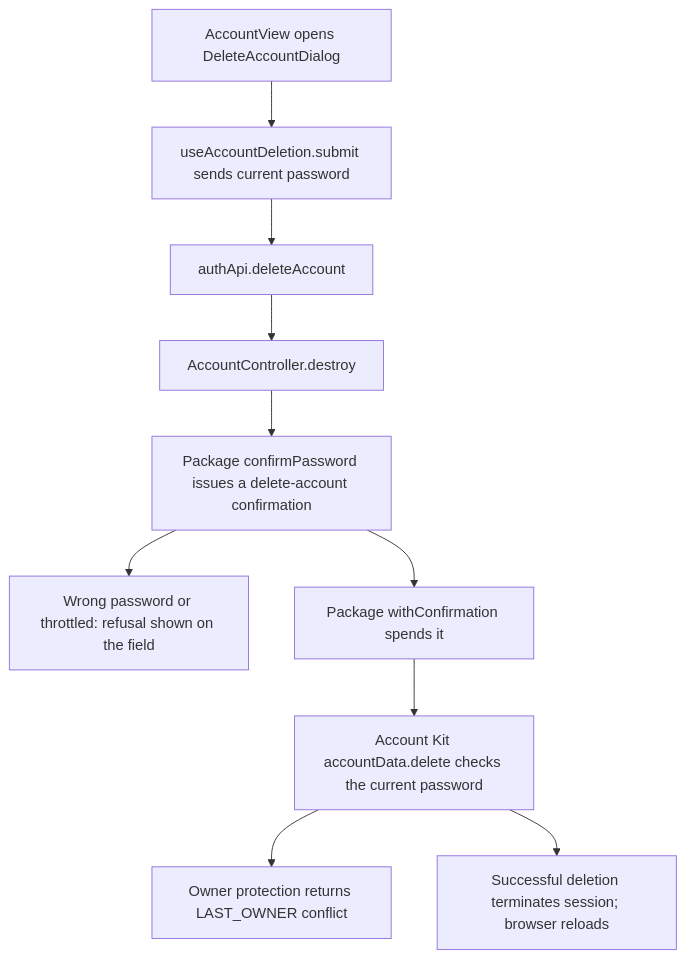
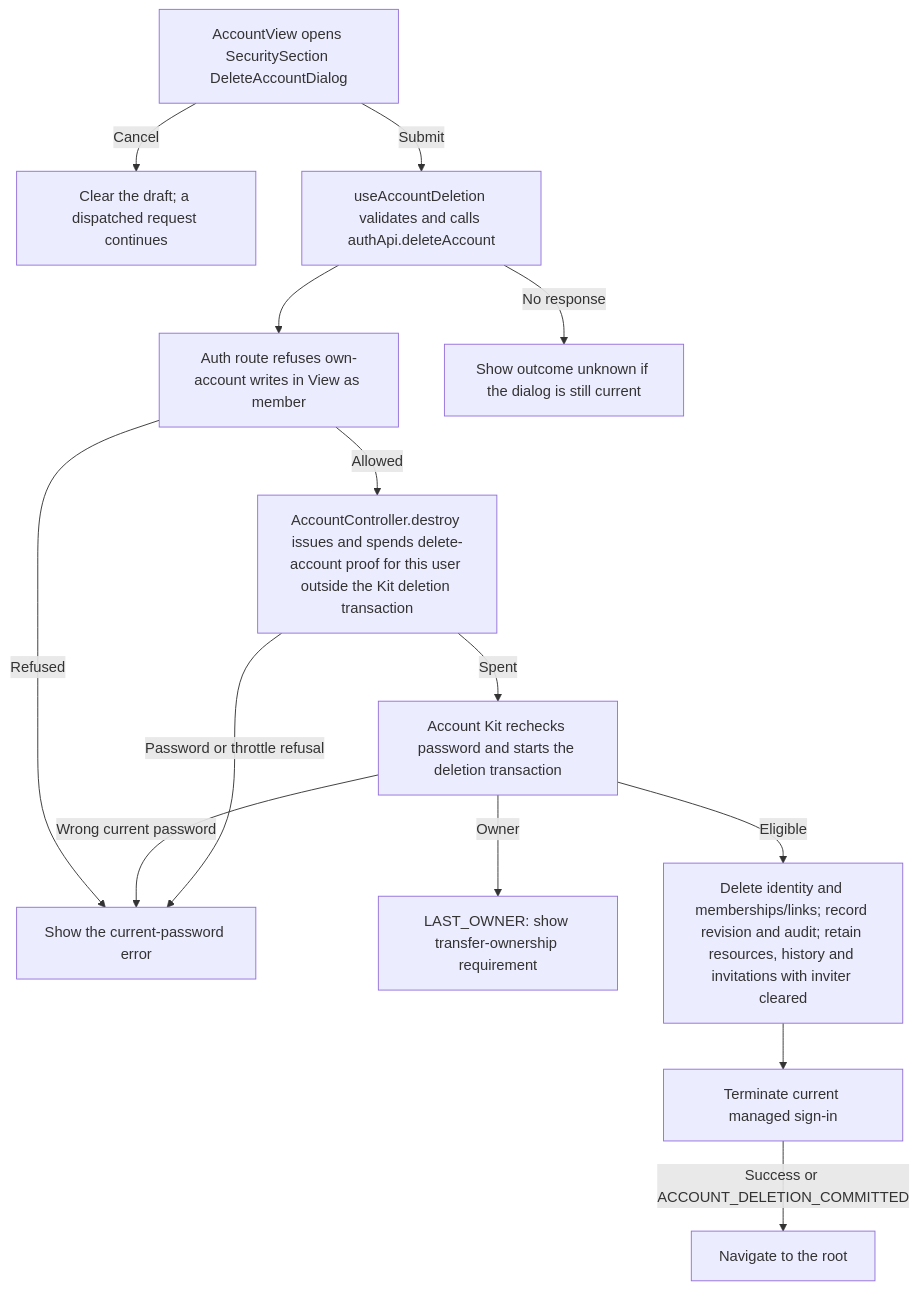
The second of 2 diagrams in user-stories/account/US-ACCOUNT-05-delete-account.md (Kevinjohn/capacitylens), drawn with Mermaid before and after one commit. The commit also changed other lines of this file and 172 other files, not shown here.

Commit message:
docs: reconcile user story code flows with source

````diff
--- a/user-stories/account/US-ACCOUNT-05-delete-account.md
+++ b/user-stories/account/US-ACCOUNT-05-delete-account.md
@@ -35,12 +35,16 @@
 ```mermaid
 flowchart TD
-  view["AccountView opens DeleteAccountDialog"] --> submit["useAccountDeletion.submit sends current password"]
-  submit --> client["authApi.deleteAccount"]
-  client --> route["AccountController.destroy"]
-  route --> issue["Package confirmPassword issues a delete-account confirmation"]
-  issue --> refused["Wrong password or throttled: refusal shown on the field"]
-  issue --> spend["Package withConfirmation spends it"]
-  spend --> kit["Account Kit accountData.delete checks the current password"]
-  kit --> owner["Owner protection returns LAST_OWNER conflict"]
-  kit --> session["Successful deletion terminates session; browser reloads"]
+  dialog["AccountView opens SecuritySection DeleteAccountDialog"] -->|Cancel| clear["Clear the draft; a dispatched request continues"]
+  dialog -->|Submit| api["useAccountDeletion validates and calls authApi.deleteAccount"]
+  api --> guard["Auth route refuses own-account writes in View as member"]
+  guard -->|Allowed| proof["AccountController.destroy issues and spends delete-account proof for this user outside the Kit deletion transaction"]
+  proof -->|Password or throttle refusal| field["Show the current-password error"]
+  proof -->|Spent| kit["Account Kit rechecks password and starts the deletion transaction"]
+  kit -->|Owner| owner["LAST_OWNER: show transfer-ownership requirement"]
+  kit -->|Wrong current password| field
+  kit -->|Eligible| cleanup["Delete identity and memberships/links; record revision and audit; retain resources, history and invitations with inviter cleared"]
+  cleanup --> terminate["Terminate current managed sign-in"]
+  terminate -->|Success or ACCOUNT_DELETION_COMMITTED| reload["Navigate to the root"]
+  api -->|No response| unknown["Show outcome unknown if the dialog is still current"]
+  guard -->|Refused| field
 ```
````
